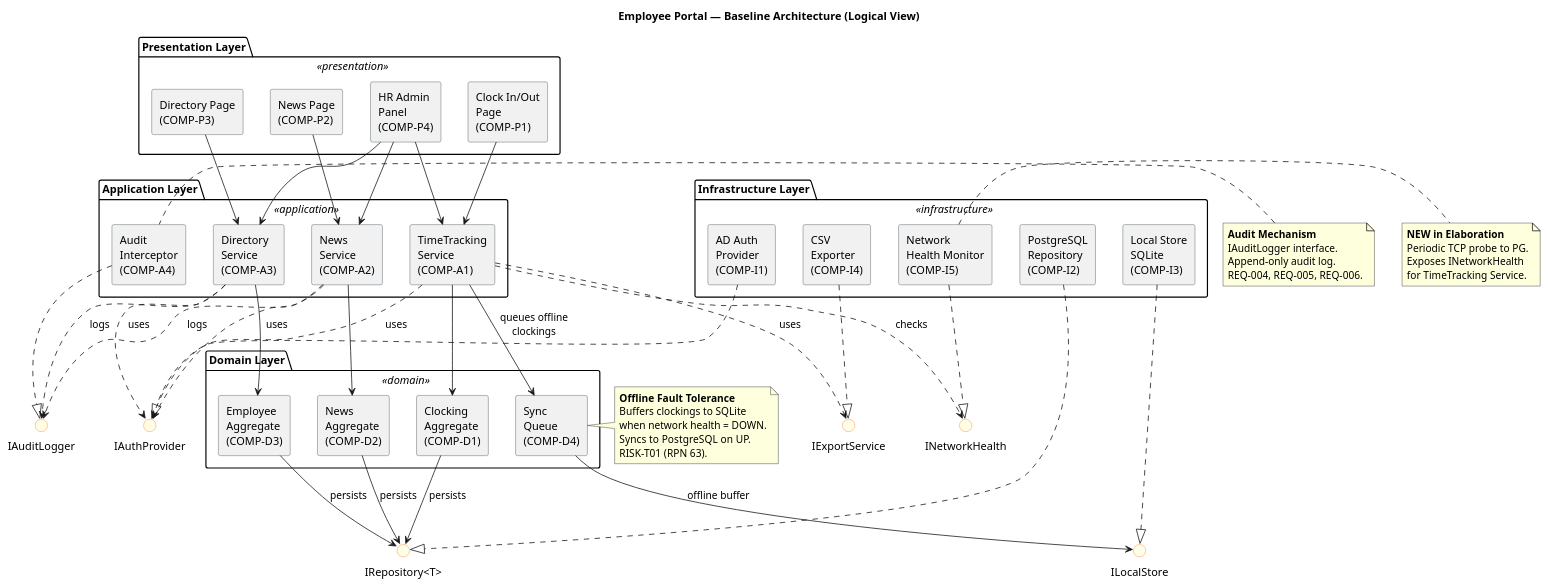
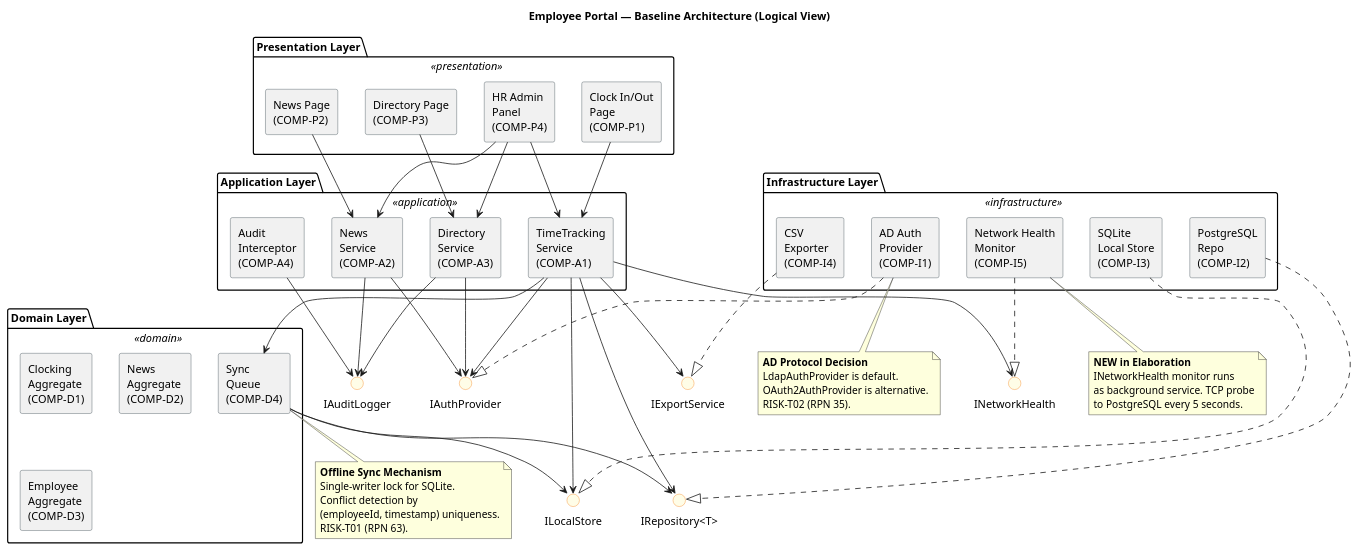
Before and after one commit to banense-test/demo-janke-lab: the fourth of 8 diagrams in docs/artifacts/analysis---design/software-architecture-document.md, drawn with PlantUML. The commit also changed other lines of this file, not shown here.

First line of the commit message:
Software Architect [E3]: upsert Software Architecture Document

```diff
--- a/docs/artifacts/analysis---design/software-architecture-document.md
+++ b/docs/artifacts/analysis---design/software-architecture-document.md
@@ -378,10 +385,10 @@
 
 package "Infrastructure Layer" <<infrastructure>> {
   component "AD Auth\nProvider\n(COMP-I1)" as COMP_I1
-  component "PostgreSQL\nRepository\n(COMP-I2)" as COMP_I2
-  component "Local Store\nSQLite\n(COMP-I3)" as COMP_I3
+  component "PostgreSQL\nRepo\n(COMP-I2)" as COMP_I2
+  component "SQLite\nLocal Store\n(COMP-I3)" as COMP_I3
   component "CSV\nExporter\n(COMP-I4)" as COMP_I4
-  component "Network\nHealth Monitor\n(COMP-I5)" as COMP_I5
+  component "Network Health\nMonitor\n(COMP-I5)" as COMP_I5
 }
 
 interface "IAuthProvider" as INT_AUTH
@@ -391,58 +398,54 @@
 interface "INetworkHealth" as INT_HEALTH
 interface "IAuditLogger" as INT_AUDIT
 
+COMP_P1 --> COMP_A1
+COMP_P2 --> COMP_A3
+COMP_P3 --> COMP_A3b
+COMP_P4 --> COMP_A1
+COMP_P4 --> COMP_A3
+COMP_P4 --> COMP_A3b
+
+COMP_A1 --> INT_AUTH
+COMP_A1 --> INT_REPO
+COMP_A1 --> INT_LOCAL
+COMP_A1 --> INT_HEALTH
+COMP_A1 --> INT_EXPORT
+COMP_A1 --> COMP_D4
+COMP_A3 --> INT_AUTH
+COMP_A3 --> INT_AUDIT
+COMP_A3b --> INT_AUTH
+COMP_A3b --> INT_AUDIT
+COMP_A4 --> INT_AUDIT
+
+COMP_D4 --> INT_LOCAL
+COMP_D4 --> INT_REPO
+
 COMP_I1 ..|> INT_AUTH
 COMP_I2 ..|> INT_REPO
 COMP_I3 ..|> INT_LOCAL
 COMP_I4 ..|> INT_EXPORT
 COMP_I5 ..|> INT_HEALTH
-COMP_A4 ..|> INT_AUDIT
 
-COMP_P1 --> COMP_A1
-COMP_P2 --> COMP_A3
-COMP_P3 --> COMP_A3b
-COMP_P4 --> COMP_A3
-COMP_P4 --> COMP_A3b
-COMP_P4 --> COMP_A1
-
-COMP_A1 --> COMP_D1
-COMP_A3 --> COMP_D2
-COMP_A3b --> COMP_D3
-COMP_A1 --> COMP_D4 : queues offline\nclockings
-
-COMP_A3 ..> INT_AUDIT : logs
-COMP_A3b ..> INT_AUDIT : logs
-
-COMP_D1 --> INT_REPO : persists
-COMP_D2 --> INT_REPO : persists
-COMP_D3 --> INT_REPO : persists
-COMP_D4 --> INT_LOCAL : offline buffer
-COMP_A1 ..> INT_HEALTH : checks
-COMP_A1 ..> INT_AUTH : uses
-COMP_A1 ..> INT_EXPORT : uses
-COMP_A3 ..> INT_AUTH : uses
-COMP_A3b ..> INT_AUTH : uses
-
-note right of COMP_D4
-  **Offline Fault Tolerance**
-  Buffers clockings to SQLite
-  when network health = DOWN.
-  Syncs to PostgreSQL on UP.
+note bottom of COMP_D4
+  **Offline Sync Mechanism**
+  Single-writer lock for SQLite.
+  Conflict detection by
+  (employeeId, timestamp) uniqueness.
   RISK-T01 (RPN 63).
 end note
 
-note right of COMP_I5
-  **NEW in Elaboration**
-  Periodic TCP probe to PG.
-  Exposes INetworkHealth
-  for TimeTracking Service.
+note bottom of COMP_I1
+  **AD Protocol Decision**
+  LdapAuthProvider is default.
+  OAuth2AuthProvider is alternative.
+  RISK-T02 (RPN 35).
 end note
 
-note left of COMP_A4
-  **Audit Mechanism**
-  IAuditLogger interface.
-  Append-only audit log.
-  REQ-004, REQ-005, REQ-006.
+note bottom of COMP_I5
+  **NEW in Elaboration**
+  INetworkHealth monitor runs
+  as background service. TCP probe
+  to PostgreSQL every 5 seconds.
 end note
 
 @enduml
```
